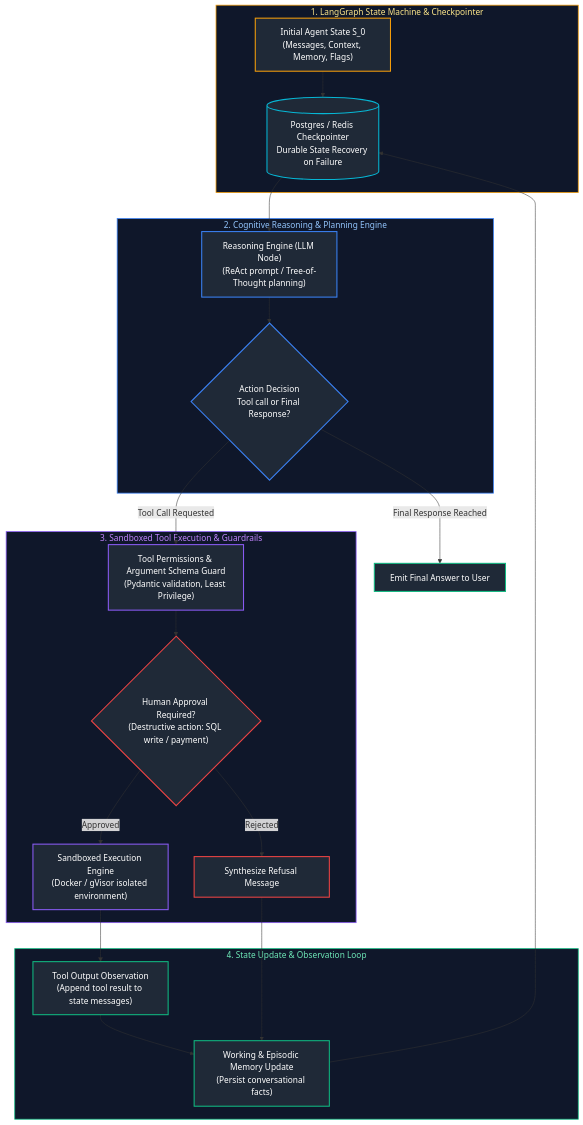
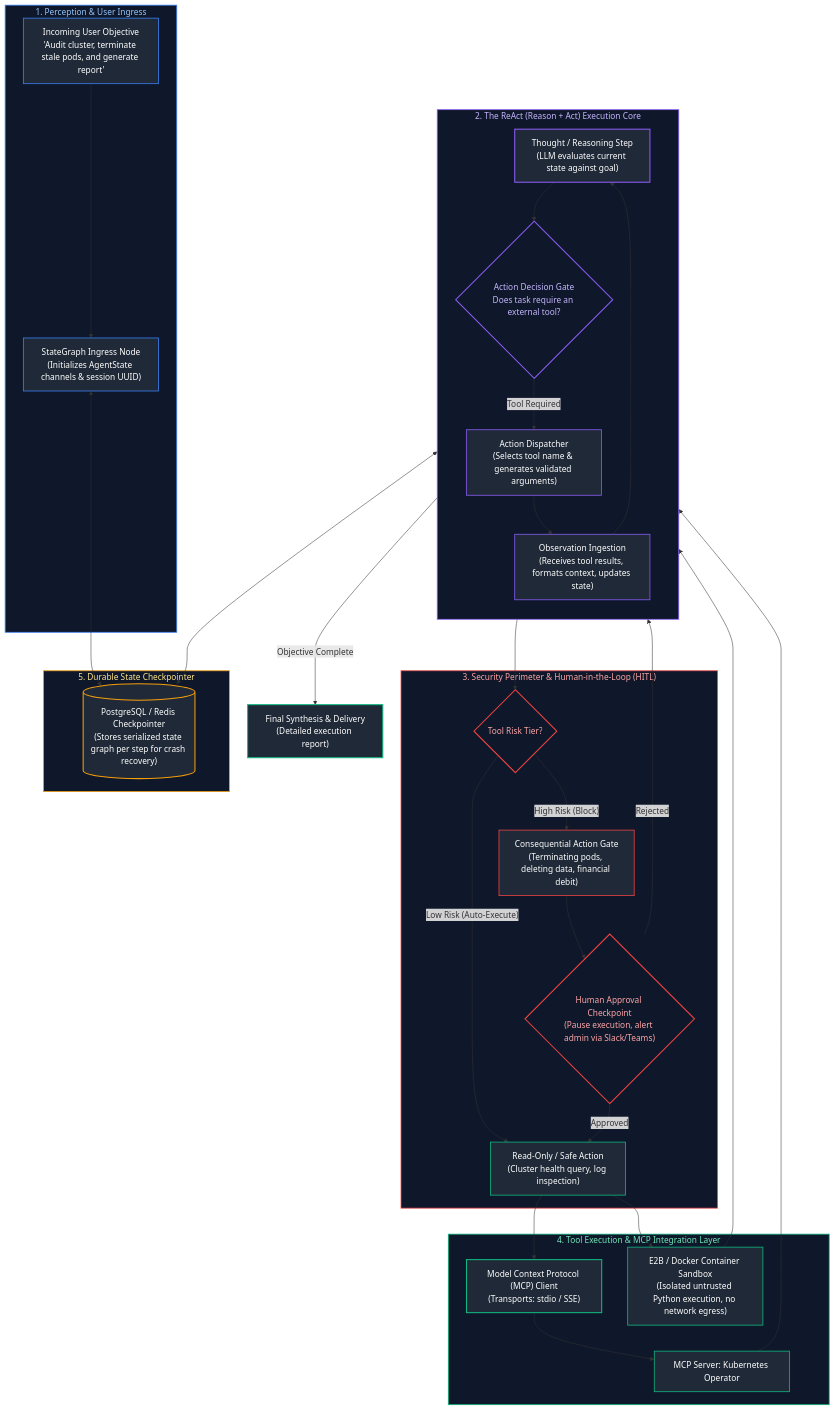
The first of 13 diagrams in AI Engineering/07_ai_agents_and_workflow_orchestration.md (joydeep-biswas/Interview-Preparation), drawn with Mermaid before and after one commit. The commit also changed other lines of this file and 143 other files, not shown here.

````diff
--- a/AI Engineering/07_ai_agents_and_workflow_orchestration.md
+++ b/AI Engineering/07_ai_agents_and_workflow_orchestration.md
@@ -9,49 +11,75 @@
 ```mermaid
 flowchart TD
-    subgraph StateGraphRuntime ["1. LangGraph State Machine & Checkpointer"]
-        StateInput["Initial Agent State S_0<br/>(Messages, Context, Memory, Flags)"]
-        Checkpointer[(Postgres / Redis Checkpointer<br/>Durable State Recovery on Failure)]
-        StateInput --> Checkpointer
+    subgraph EnvironmentPerception ["1. Perception & User Ingress"]
+        UserTask["Incoming User Objective<br/>'Audit cluster, terminate stale pods, and generate report'"]
+        StateGraphIngress["StateGraph Ingress Node<br/>(Initializes AgentState channels & session UUID)"]
+        UserTask --> StateGraphIngress
     end
 
-    subgraph ReasoningNode ["2. Cognitive Reasoning & Planning Engine"]
-        Planner["Reasoning Engine (LLM Node)<br/>(ReAct prompt / Tree-of-Thought planning)"]
-        DecideAction{Action Decision<br/>Tool call or Final Response?}
-        Checkpointer --> Planner --> DecideAction
+    subgraph ReActLoopEngine ["2. The ReAct (Reason + Act) Execution Core"]
+        direction TB
+        ReasonNode["Thought / Reasoning Step<br/>(LLM evaluates current state against goal)"]
+        DecisionGate{"Action Decision Gate<br/>Does task require an external tool?"}
+        ActNode["Action Dispatcher<br/>(Selects tool name & generates validated arguments)"]
+        ObserveNode["Observation Ingestion<br/>(Receives tool results, formats context, updates state)"]
+        
+        ReasonNode --> DecisionGate
+        DecisionGate -- "Tool Required" --> ActNode
+        ActNode --> ObserveNode
+        ObserveNode --> ReasonNode
     end
 
-    subgraph ToolExecutionSubsystem ["3. Sandboxed Tool Execution & Guardrails"]
-        ToolValidation["Tool Permissions & Argument Schema Guard<br/>(Pydantic validation, Least Privilege)"]
-        HITLGate{"Human Approval Required?<br/>(Destructive action: SQL write / payment)"}
-        ToolRunner["Sandboxed Execution Engine<br/>(Docker / gVisor isolated environment)"]
-        DecideAction -- Tool Call Requested --> ToolValidation --> HITLGate
-        HITLGate -- Approved --> ToolRunner
-        HITLGate -- Rejected --> RejectNode["Synthesize Refusal Message"]
+    subgraph SecurityAndHITL ["3. Security Perimeter & Human-in-the-Loop (HITL)"]
+        ToolRiskClassifier{"Tool Risk Tier?"}
+        ReadOnlySandbox["Read-Only / Safe Action<br/>(Cluster health query, log inspection)"]
+        ConsequentialAction["Consequential Action Gate<br/>(Terminating pods, deleting data, financial debit)"]
+        HumanApproval{"Human Approval Checkpoint<br/>(Pause execution, alert admin via Slack/Teams)"}
+        
+        ActNode --> ToolRiskClassifier
+        ToolRiskClassifier -- "Low Risk (Auto-Execute)" --> ReadOnlySandbox
+        ToolRiskClassifier -- "High Risk (Block)" --> ConsequentialAction --> HumanApproval
+        HumanApproval -- "Approved" --> ReadOnlySandbox
+        HumanApproval -- "Rejected" --> ObserveNode
     end
 
-    subgraph MemoryFeedback ["4. State Update & Observation Loop"]
-        Observation["Tool Output Observation<br/>(Append tool result to state messages)"]
-        MemoryUpdate["Working & Episodic Memory Update<br/>(Persist conversational facts)"]
-        ToolRunner --> Observation --> MemoryUpdate
-        RejectNode --> MemoryUpdate
-        MemoryUpdate --> Checkpointer
+    subgraph MCPAndSandboxes ["4. Tool Execution & MCP Integration Layer"]
+        MCPOchestrator["Model Context Protocol (MCP) Client<br/>(Transports: stdio / SSE)"]
+        MCPServerK8s["MCP Server: Kubernetes Operator"]
+        DockerSandbox["E2B / Docker Container Sandbox<br/>(Isolated untrusted Python execution, no network egress)"]
+        
+        ReadOnlySandbox --> MCPOchestrator
+        MCPOchestrator --> MCPServerK8s
+        ReadOnlySandbox --> DockerSandbox
+        MCPServerK8s --> ObserveNode
+        DockerSandbox --> ObserveNode
     end
 
-    DecideAction -- Final Response Reached --> EmitResponse["Emit Final Answer to User"]
+    subgraph StatePersistence ["5. Durable State Checkpointer"]
+        PostgresCheckpointer[("PostgreSQL / Redis Checkpointer<br/>(Stores serialized state graph per step for crash recovery)")]
+        StateGraphIngress <--> PostgresCheckpointer
+        ObserveNode <--> PostgresCheckpointer
+    end
 
-    style StateGraphRuntime fill:#0f172a,stroke:#f59e0b,stroke-width:1.5px,color:#fde68a
-    style ReasoningNode fill:#0f172a,stroke:#3b82f6,stroke-width:1.5px,color:#93c5fd
-    style ToolExecutionSubsystem fill:#0f172a,stroke:#8b5cf6,stroke-width:1.5px,color:#c084fc
-    style MemoryFeedback fill:#0f172a,stroke:#10b981,stroke-width:1.5px,color:#6ee7b7
-    style StateInput fill:#1f2937,stroke:#f59e0b,stroke-width:2px,color:#fff
-    style Checkpointer fill:#1f2937,stroke:#06b6d4,stroke-width:2px,color:#fff
-    style Planner fill:#1f2937,stroke:#3b82f6,stroke-width:2px,color:#fff
-    style DecideAction fill:#1f2937,stroke:#3b82f6,stroke-width:2px,color:#fff
-    style ToolValidation fill:#1f2937,stroke:#8b5cf6,stroke-width:2px,color:#fff
-    style HITLGate fill:#1f2937,stroke:#ef4444,stroke-width:2px,color:#fff
-    style ToolRunner fill:#1f2937,stroke:#8b5cf6,stroke-width:2px,color:#fff
-    style RejectNode fill:#1f2937,stroke:#ef4444,stroke-width:2px,color:#fff
-    style Observation fill:#1f2937,stroke:#10b981,stroke-width:2px,color:#fff
-    style MemoryUpdate fill:#1f2937,stroke:#10b981,stroke-width:2px,color:#fff
-    style EmitResponse fill:#1f2937,stroke:#10b981,stroke-width:2px,color:#fff
+    DecisionGate -- "Objective Complete" --> FinalSynthesis["Final Synthesis & Delivery<br/>(Detailed execution report)"]
+
+    style EnvironmentPerception fill:#0f172a,stroke:#3b82f6,stroke-width:1.5px,color:#93c5fd
+    style ReActLoopEngine fill:#0f172a,stroke:#8b5cf6,stroke-width:1.5px,color:#c4b5fd
+    style SecurityAndHITL fill:#0f172a,stroke:#ef4444,stroke-width:1.5px,color:#fca5a5
+    style MCPAndSandboxes fill:#0f172a,stroke:#10b981,stroke-width:1.5px,color:#6ee7b7
+    style StatePersistence fill:#0f172a,stroke:#f59e0b,stroke-width:1.5px,color:#fde68a
+    style UserTask fill:#1f2937,stroke:#3b82f6,stroke-width:1.5px,color:#fff
+    style StateGraphIngress fill:#1f2937,stroke:#3b82f6,stroke-width:1.5px,color:#fff
+    style ReasonNode fill:#1f2937,stroke:#8b5cf6,stroke-width:2px,color:#fff
+    style DecisionGate fill:#0f172a,stroke:#8b5cf6,stroke-width:2px,color:#c4b5fd
+    style ActNode fill:#1f2937,stroke:#8b5cf6,stroke-width:1.5px,color:#fff
+    style ObserveNode fill:#1f2937,stroke:#8b5cf6,stroke-width:1.5px,color:#fff
+    style ToolRiskClassifier fill:#0f172a,stroke:#ef4444,stroke-width:2px,color:#fca5a5
+    style ReadOnlySandbox fill:#1f2937,stroke:#10b981,stroke-width:1.5px,color:#fff
+    style ConsequentialAction fill:#1f2937,stroke:#ef4444,stroke-width:1.5px,color:#fff
+    style HumanApproval fill:#0f172a,stroke:#ef4444,stroke-width:2px,color:#fca5a5
+    style MCPOchestrator fill:#1f2937,stroke:#10b981,stroke-width:2px,color:#fff
+    style MCPServerK8s fill:#1f2937,stroke:#10b981,stroke-width:1.5px,color:#fff
+    style DockerSandbox fill:#1f2937,stroke:#10b981,stroke-width:1.5px,color:#fff
+    style PostgresCheckpointer fill:#1f2937,stroke:#f59e0b,stroke-width:2px,color:#fff
+    style FinalSynthesis fill:#1f2937,stroke:#10b981,stroke-width:2px,color:#fff
 ```
````
